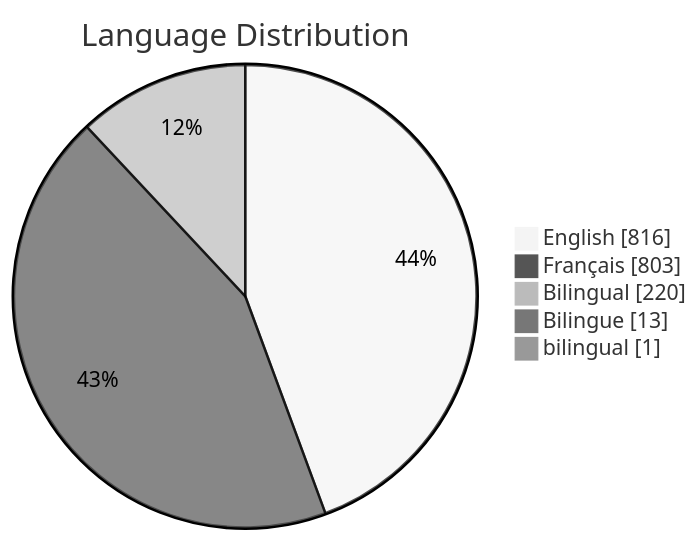
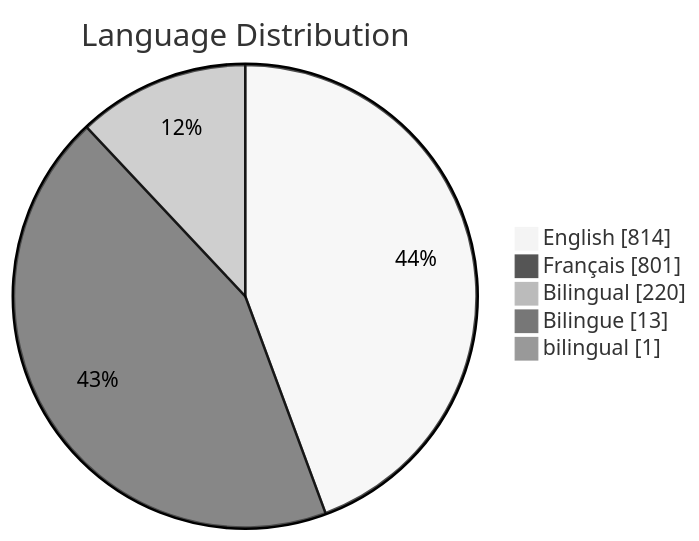
Before and after one commit to PatLittle/GC-Socials: the third of 6 diagrams in README.md, drawn with Mermaid (neutral theme). The commit also changed other lines of this file, not shown here.

Commit message:
Update README with Platform Distribution pie chart

````diff
--- a/README.md
+++ b/README.md
@@ -93,8 +93,8 @@
 ```mermaid
 pie showData title Language Distribution
-    "English": 816
-    "Français": 803
+    "English": 814
+    "Français": 801
     "Bilingual": 220
     "Bilingue": 13
     "bilingual": 1
 ```
````
